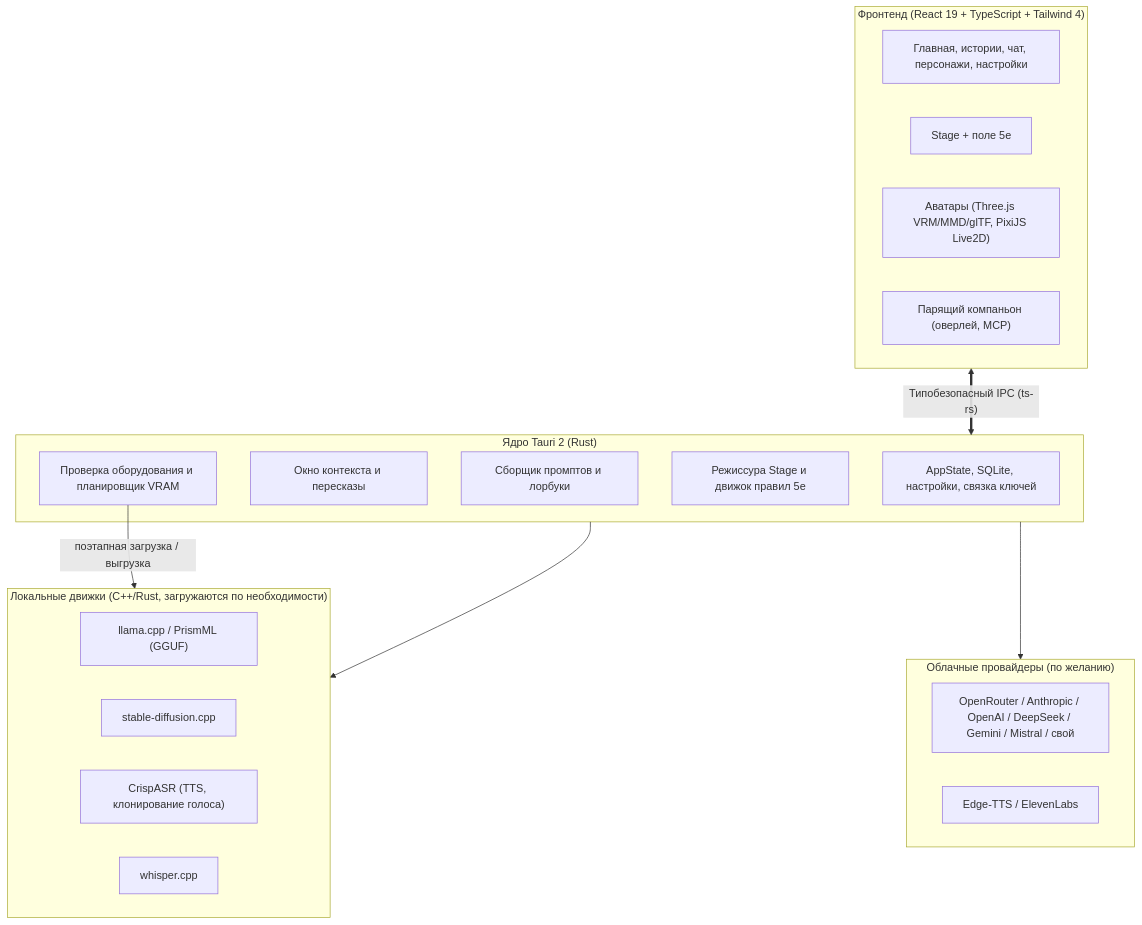
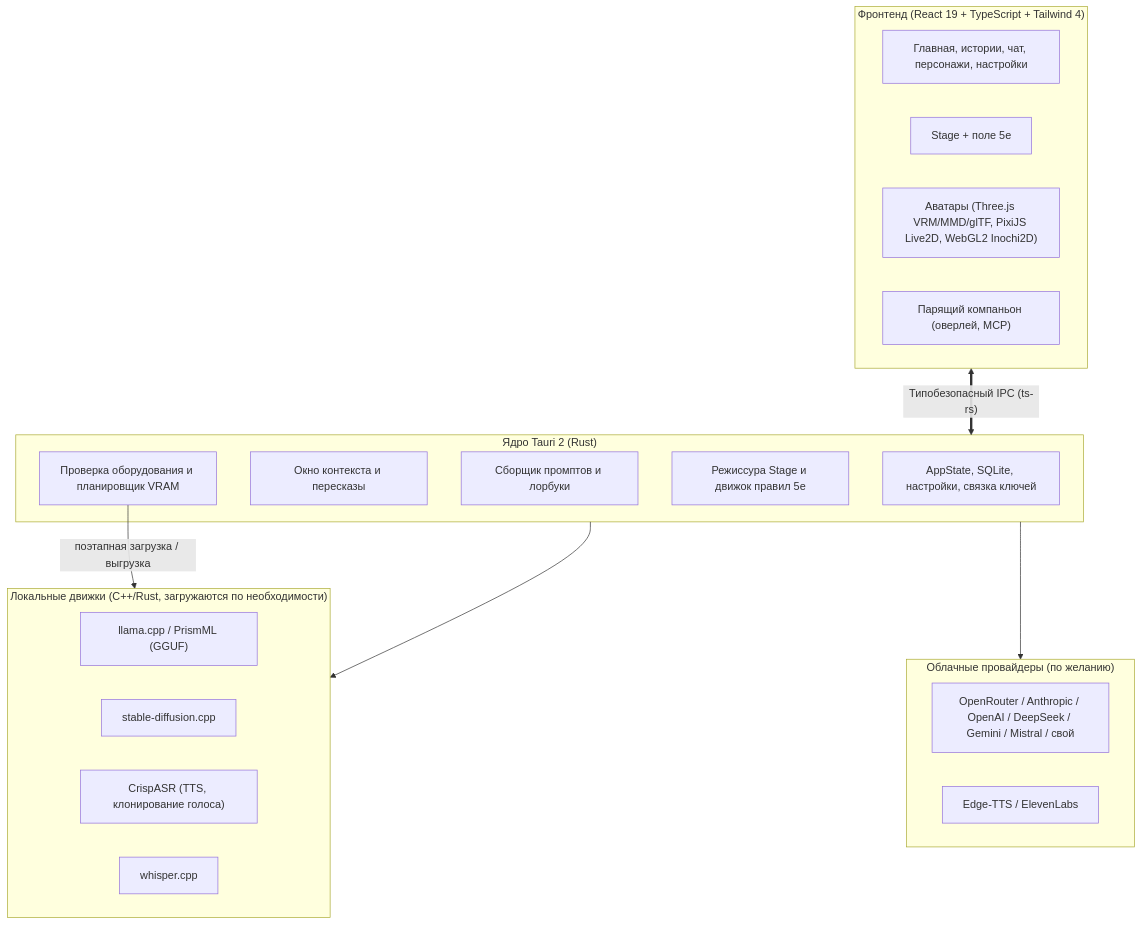
The first of 2 diagrams in README.ru.md (SnowwhiteOakheart/OtakuSoul), drawn with Mermaid before and after one commit. The commit also changed other lines of this file and 45 other files, not shown here.

First line of the commit message:
feat(avatare): Inochi2D-Puppen als weitere Avatar-Variante

````diff
--- a/README.ru.md
+++ b/README.ru.md
@@ -208,34 +208,34 @@
 ```mermaid
 flowchart TD
     subgraph Frontend["Фронтенд (React 19 + TypeScript + Tailwind 4)"]
         UI["Главная, истории, чат, персонажи, настройки"]
         StageUI["Stage + поле 5e"]
-        AvatarUI["Аватары (Three.js VRM/MMD/glTF, PixiJS Live2D)"]
+        AvatarUI["Аватары (Three.js VRM/MMD/glTF, PixiJS Live2D, WebGL2 Inochi2D)"]
         CompanionUI["Парящий компаньон (оверлей, MCP)"]
     end
 
     subgraph TauriCore["Ядро Tauri 2 (Rust)"]
         State["AppState, SQLite, настройки, связка ключей"]
         ContextMgr["Окно контекста и пересказы"]
         PromptBuilder["Сборщик промптов и лорбуки"]
         Rules["Режиссура Stage и движок правил 5e"]
         HardwareSched["Проверка оборудования и планировщик VRAM"]
     end
 
     subgraph LocalEngines["Локальные движки (C++/Rust, загружаются по необходимости)"]
         Llama["llama.cpp / PrismML (GGUF)"]
         SD["stable-diffusion.cpp"]
         Crisp["CrispASR (TTS, клонирование голоса)"]
         Whisper["whisper.cpp"]
     end
 
     subgraph Cloud["Облачные провайдеры (по желанию)"]
         CloudLLM["OpenRouter / Anthropic / OpenAI / DeepSeek / Gemini / Mistral / свой"]
         CloudTTS["Edge-TTS / ElevenLabs"]
     end
 
     Frontend <==>|"Типобезопасный IPC (ts-rs)"| TauriCore
     HardwareSched -->|"поэтапная загрузка / выгрузка"| LocalEngines
     TauriCore --> LocalEngines
     TauriCore --> Cloud
 ```
````
